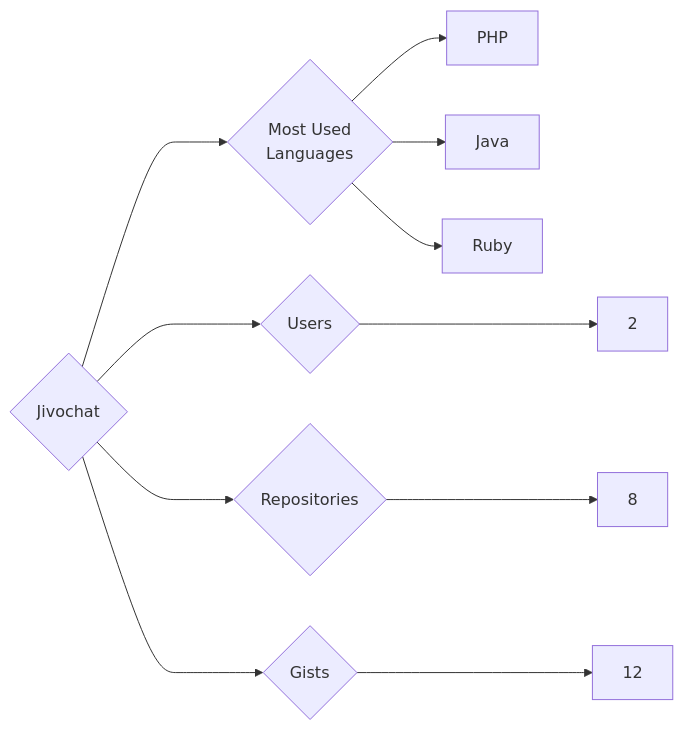
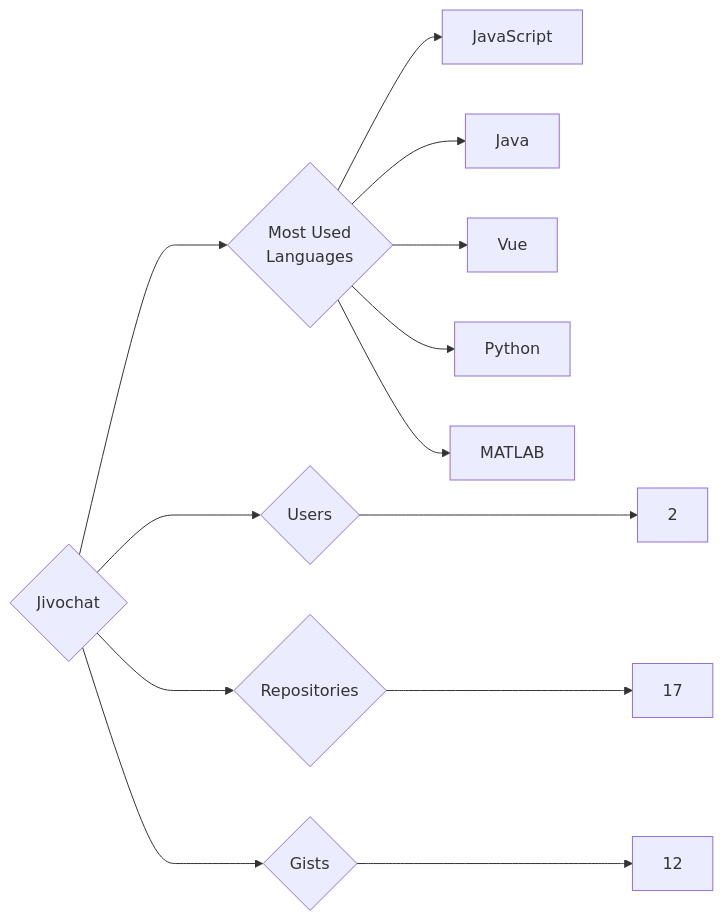
The diagram in targets/Jivochat/README.md (trickest/insiders), drawn with Mermaid before and after one commit. The commit also changed 681 other files, not shown here.

````diff
--- a/targets/Jivochat/README.md
+++ b/targets/Jivochat/README.md
@@ -3,11 +3,13 @@
 ```mermaid
 graph LR
 COMPANY_NAME{Jivochat}
 COMPANY_NAME ---> U{Users} ---> UN[2]
-COMPANY_NAME ---> R{Repositories} ---> RN[8]
+COMPANY_NAME ---> R{Repositories} ---> RN[17]
 COMPANY_NAME ---> G{Gists} ---> GN[12]
 COMPANY_NAME ---> ML{Most Used<br>Languages}
-ML --> PHP[PHP]
+ML --> JavaScript[JavaScript]
 ML --> Java[Java]
-ML --> Ruby[Ruby]
+ML --> Vue[Vue]
+ML --> Python[Python]
+ML --> MATLAB[MATLAB]
 ```
````
